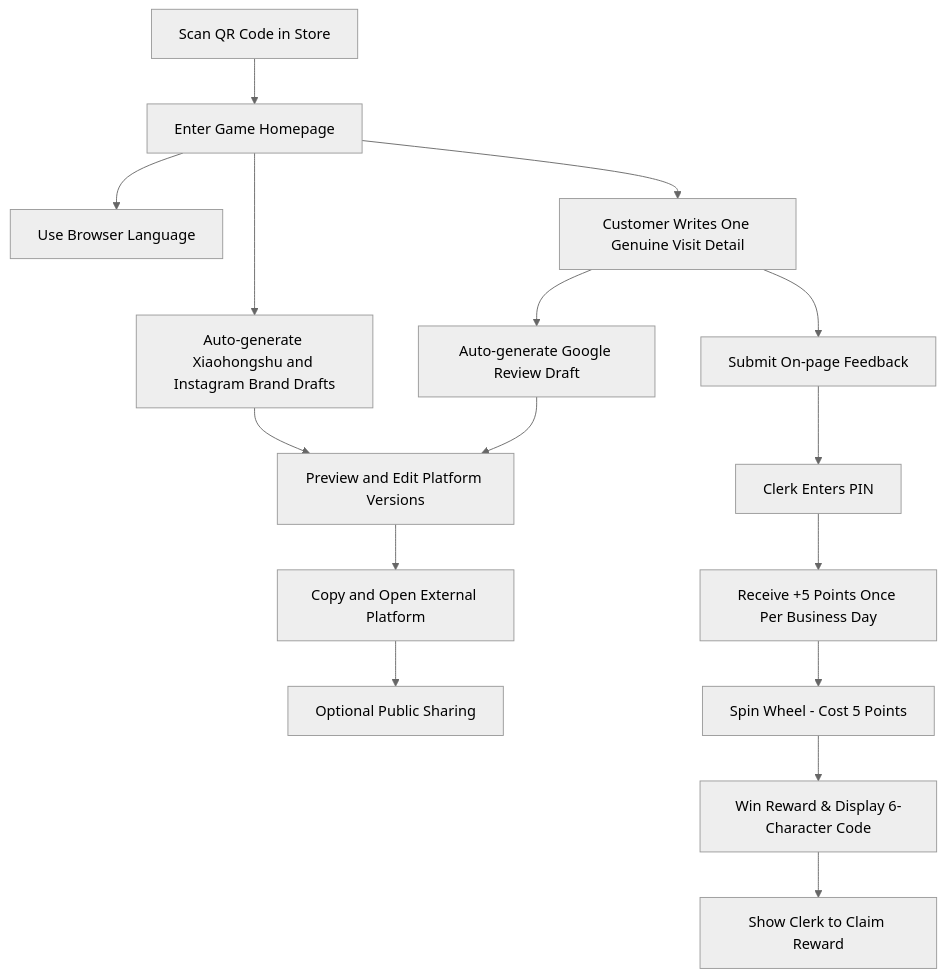
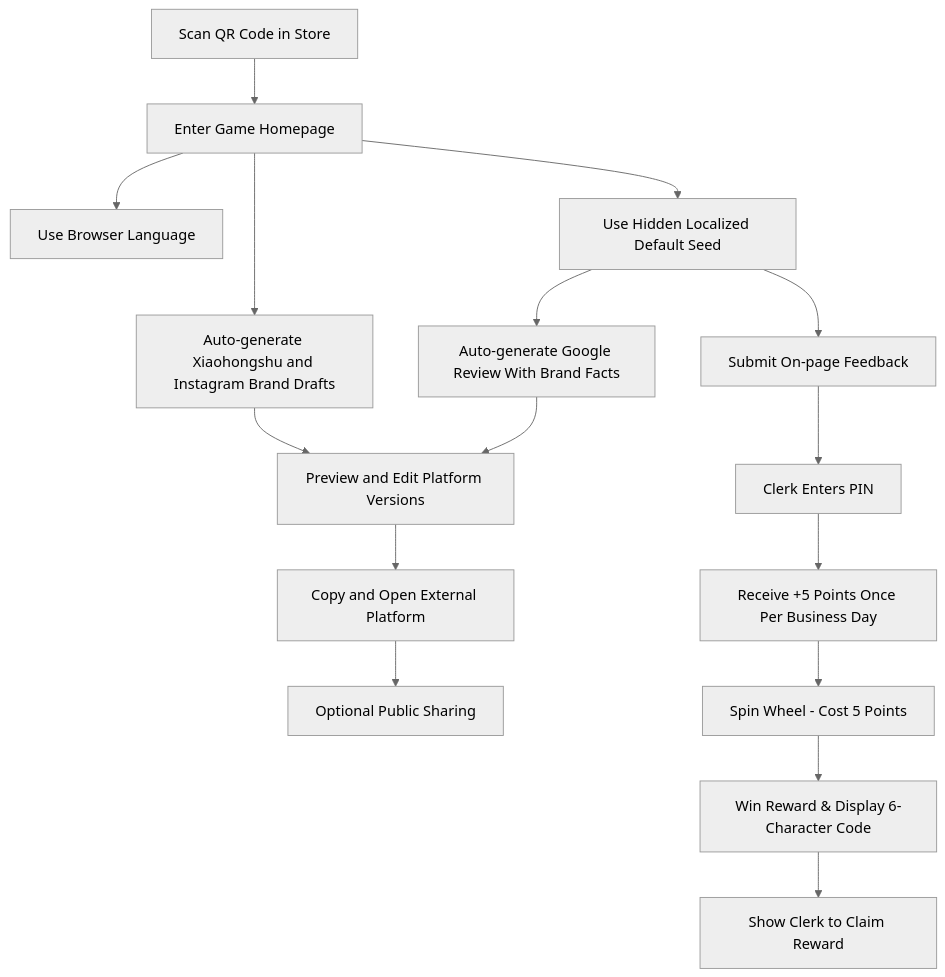
Before and after one commit to alextiannus/amc-kanban: the diagram in docs/prd-aivue.md, drawn with Mermaid (neutral theme). The commit also changed other lines of this file and 7 other files, not shown here.

Commit message:
feat: auto-generate branded game sharing drafts

````diff
--- a/docs/prd-aivue.md
+++ b/docs/prd-aivue.md
@@ -19,18 +19,18 @@
 ```mermaid
 graph TD
     A[Scan QR Code in Store] --> B[Enter Game Homepage]
     B --> C[Use Browser Language]
     B --> D[Auto-generate Xiaohongshu and Instagram Brand Drafts]
-    B --> E[Customer Writes One Genuine Visit Detail]
-    E --> F[Auto-generate Google Review Draft]
+    B --> E[Use Hidden Localized Default Seed]
+    E --> F[Auto-generate Google Review With Brand Facts]
     E --> G[Submit On-page Feedback]
     G --> H[Clerk Enters PIN]
     H --> I[Receive +5 Points Once Per Business Day]
     D --> J[Preview and Edit Platform Versions]
     F --> J
     J --> K[Copy and Open External Platform]
     K --> L[Optional Public Sharing]
     I --> M[Spin Wheel - Cost 5 Points]
     M --> N[Win Reward & Display 6-Character Code]
     N --> O[Show Clerk to Claim Reward]
 ```
````
